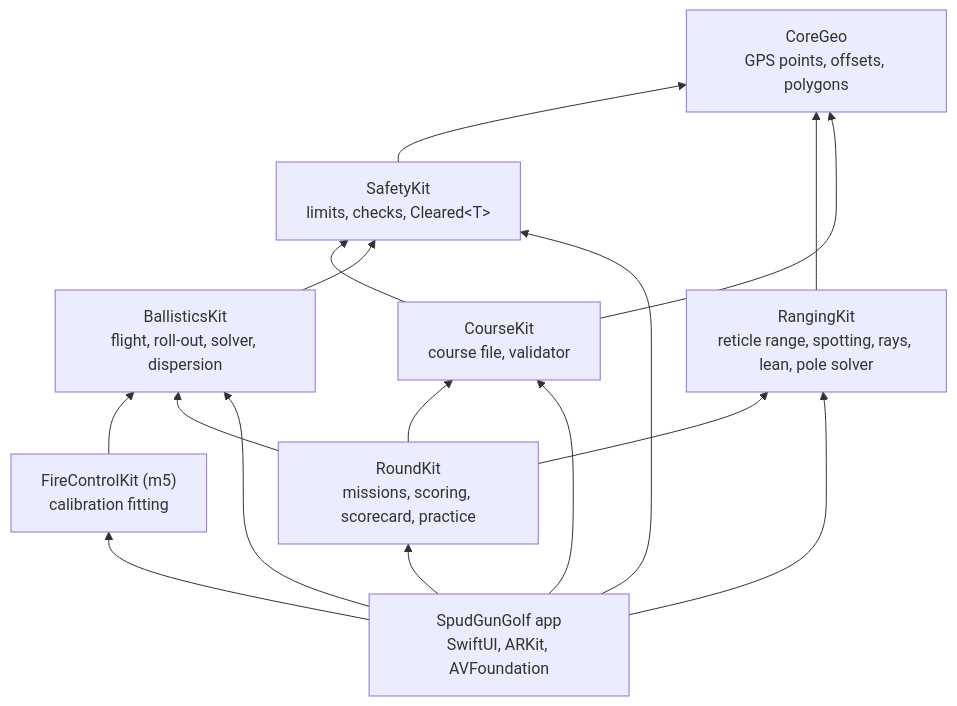
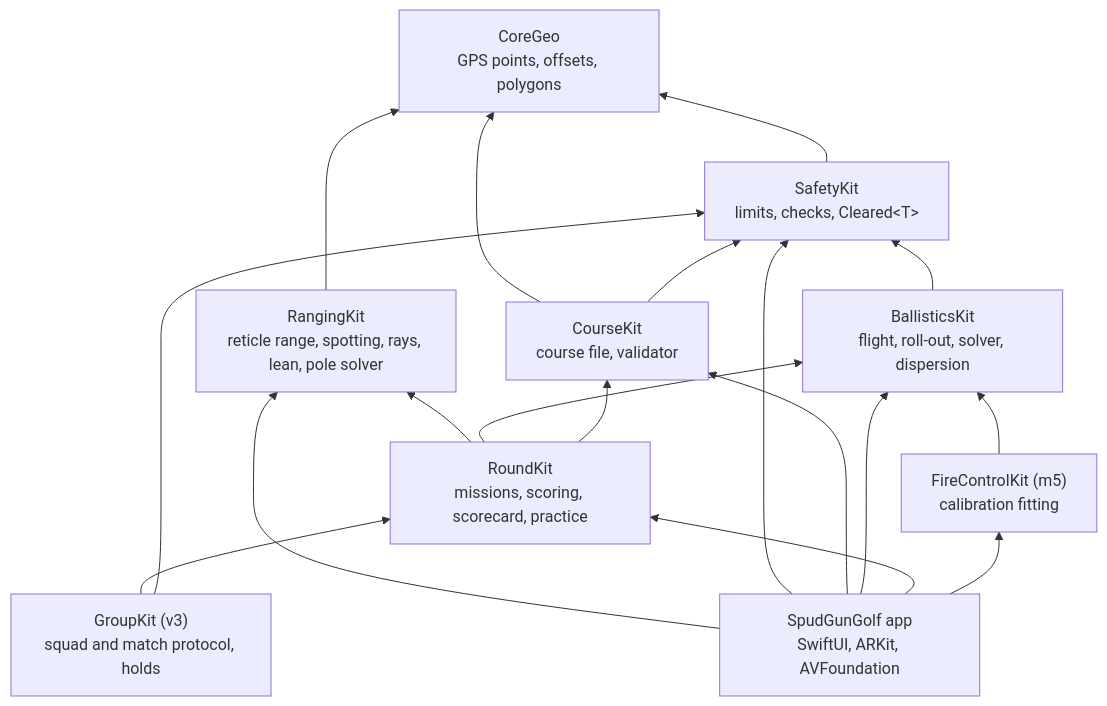
The first of 2 diagrams in docs/ARCHITECTURE.md (zacharyelston/BackyardBallistics), drawn with Mermaid before and after one commit. The commit also changed other lines of this file and 12 other files, not shown here.

First line of the commit message:
GroupKit: v3 Squadz squad and match protocol, tested over a loopback (G2)

````diff
--- a/docs/ARCHITECTURE.md
+++ b/docs/ARCHITECTURE.md
@@ -7,26 +7,29 @@
 ```mermaid
 graph BT
   CoreGeo["CoreGeo<br/>GPS points, offsets, polygons"]
   SafetyKit["SafetyKit<br/>limits, checks, Cleared&lt;T&gt;"]
   RangingKit["RangingKit<br/>reticle range, spotting, rays, lean, pole solver"]
   CourseKit["CourseKit<br/>course file, validator"]
   BallisticsKit["BallisticsKit<br/>flight, roll-out, solver, dispersion"]
   FireControlKit["FireControlKit (m5)<br/>calibration fitting"]
   RoundKit["RoundKit<br/>missions, scoring, scorecard, practice"]
+  GroupKit["GroupKit (v3)<br/>squad and match protocol, holds"]
   App["SpudGunGolf app<br/>SwiftUI, ARKit, AVFoundation"]
   SafetyKit --> CoreGeo
   RangingKit --> CoreGeo
   CourseKit --> CoreGeo
   CourseKit --> SafetyKit
   BallisticsKit --> SafetyKit
   FireControlKit --> BallisticsKit
   RoundKit --> RangingKit
   RoundKit --> BallisticsKit
   RoundKit --> CourseKit
+  GroupKit --> RoundKit
+  GroupKit --> SafetyKit
   App --> RangingKit
   App --> SafetyKit
   App --> CourseKit
   App --> BallisticsKit
   App --> RoundKit
   App --> FireControlKit
 ```
````
